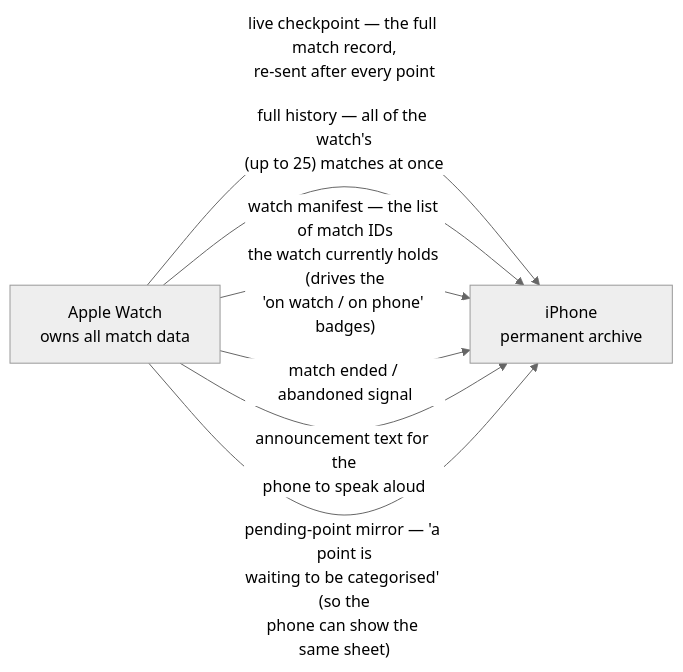
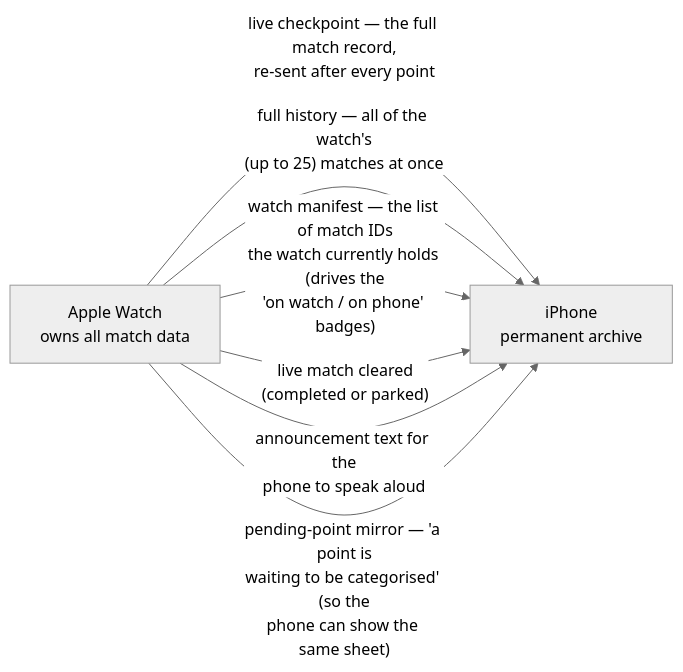
The first of 6 diagrams in docs/architecture/sync-and-data-flow.md (EMRahman/DeuceMate), drawn with Mermaid (neutral theme) before and after one commit. The commit also changed other lines of this file and 25 other files, not shown here.

````diff
--- a/docs/architecture/sync-and-data-flow.md
+++ b/docs/architecture/sync-and-data-flow.md
@@ -16,11 +18,11 @@
 ```mermaid
 flowchart LR
     W["Apple Watch<br/>owns all match data"]
     P["iPhone<br/>permanent archive"]
     W -- "live checkpoint — the full match record,<br/>re-sent after every point" --> P
     W -- "full history — all of the watch's<br/>(up to 25) matches at once" --> P
     W -- "watch manifest — the list of match IDs<br/>the watch currently holds (drives the<br/>'on watch / on phone' badges)" --> P
-    W -- "match ended / abandoned signal" --> P
+    W -- "live match cleared<br/>(completed or parked)" --> P
     W -- "announcement text for the<br/>phone to speak aloud" --> P
     W -- "pending-point mirror — 'a point is<br/>waiting to be categorised' (so the<br/>phone can show the same sheet)" --> P
 ```
````
